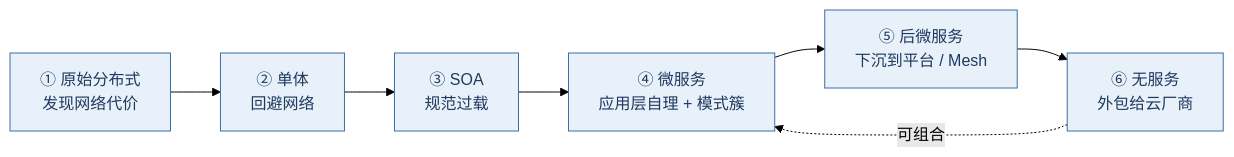
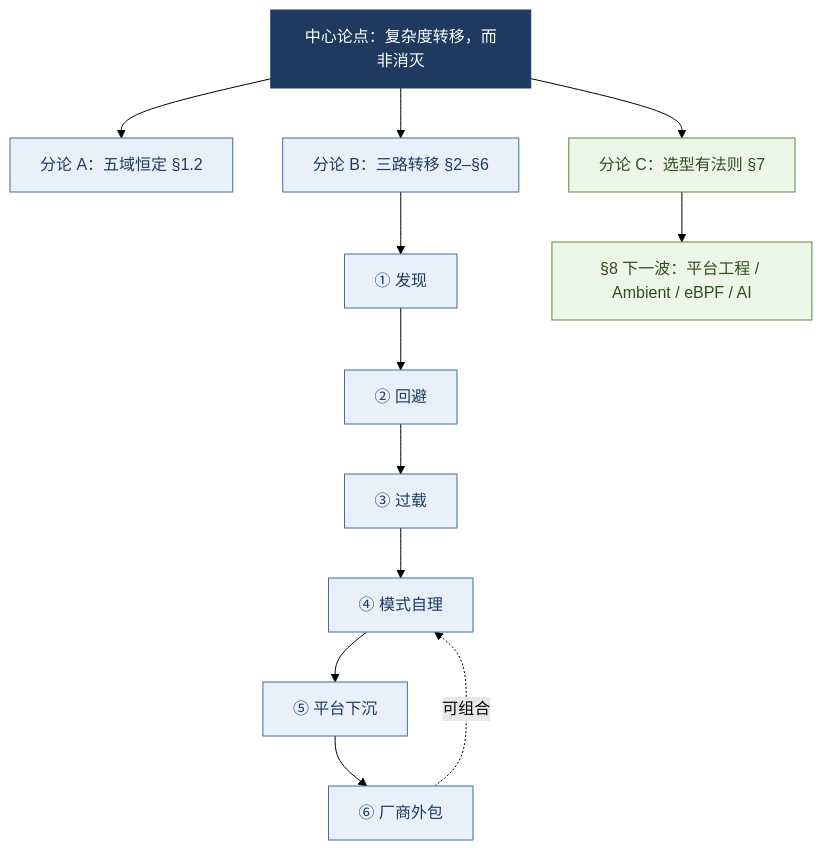
The first of 4 diagrams in 20-architecture/21-service-architecture-evolution.md (xiaxinyu/knowledge_base), drawn with Mermaid (forest theme) before and after one commit. The commit also changed other lines of this file and 1 other file, not shown here.

````diff
--- a/20-architecture/21-service-architecture-evolution.md
+++ b/20-architecture/21-service-architecture-evolution.md
@@ -65,10 +65,15 @@
 ```mermaid
-flowchart LR
+flowchart TB
+  classDef thesis fill:#1f3a5f,stroke:#1f3a5f,color:#fff
   classDef era fill:#e8f1fa,stroke:#3b6ea5,color:#1f3a5f
-  A["① 原始分布式<br/>发现网络代价"]:::era --> B["② 单体<br/>回避网络"]:::era
-  B --> C["③ SOA<br/>规范过载"]:::era
-  C --> D["④ 微服务<br/>应用层自理 + 模式簇"]:::era
-  D --> E["⑤ 后微服务<br/>下沉到平台 / Mesh"]:::era
-  E --> F["⑥ 无服务<br/>外包给云厂商"]:::era
-  F -.->|"可组合"| D
+  classDef act fill:#eef6e8,stroke:#5a8a3a,color:#2f4f1f
+
+  T["中心论点：复杂度转移，而非消灭"]:::thesis
+  T --> A1["分论 A：五域恒定 §1.2"]:::era
+  T --> B1["分论 B：三路转移 §2–§6"]:::era
+  T --> C1["分论 C：选型有法则 §7"]:::act
+  B1 --> E1["① 发现"]:::era --> E2["② 回避"]:::era --> E3["③ 过载"]:::era
+  E3 --> E4["④ 模式自理"]:::era --> E5["⑤ 平台下沉"]:::era --> E6["⑥ 厂商外包"]:::era
+  E6 -.->|"可组合"| E4
+  C1 --> F["§8 下一波：平台工程 / Ambient / eBPF / AI"]:::act
 ```
````
